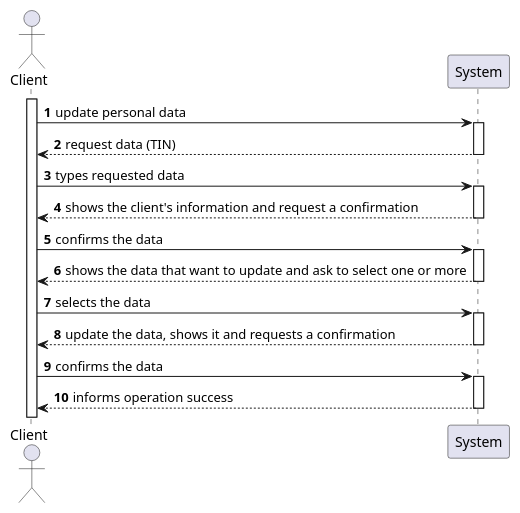
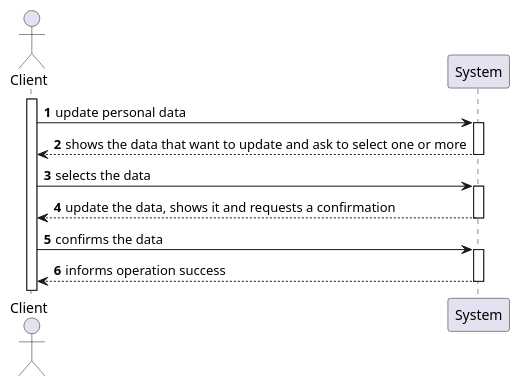
The diagram in docs/SprintD/US02/US02-SSD.puml (0franciscor/lei-21-s2-1de-g19), drawn with PlantUML before and after one commit. The commit also changed 1 other file, not shown here.

```diff
--- a/docs/SprintD/US02/US02-SSD.puml
+++ b/docs/SprintD/US02/US02-SSD.puml
@@ -1,18 +1,14 @@
 @startuml
 'https://plantuml.com/sequence-diagram
 
 autonumber
 
 actor "Client" as C
 activate C
 C -> System ++: update personal data
-System -->  C --: request data (TIN)
-C -> System ++: types requested data
-System --> C --: shows the client's information and request a confirmation
-C -> System ++: confirms the data
 System --> C --: shows the data that want to update and ask to select one or more
 C -> System ++: selects the data
 System --> C --: update the data, shows it and requests a confirmation
 C -> System ++: confirms the data
 System --> C --: informs operation success
 @enduml
```
